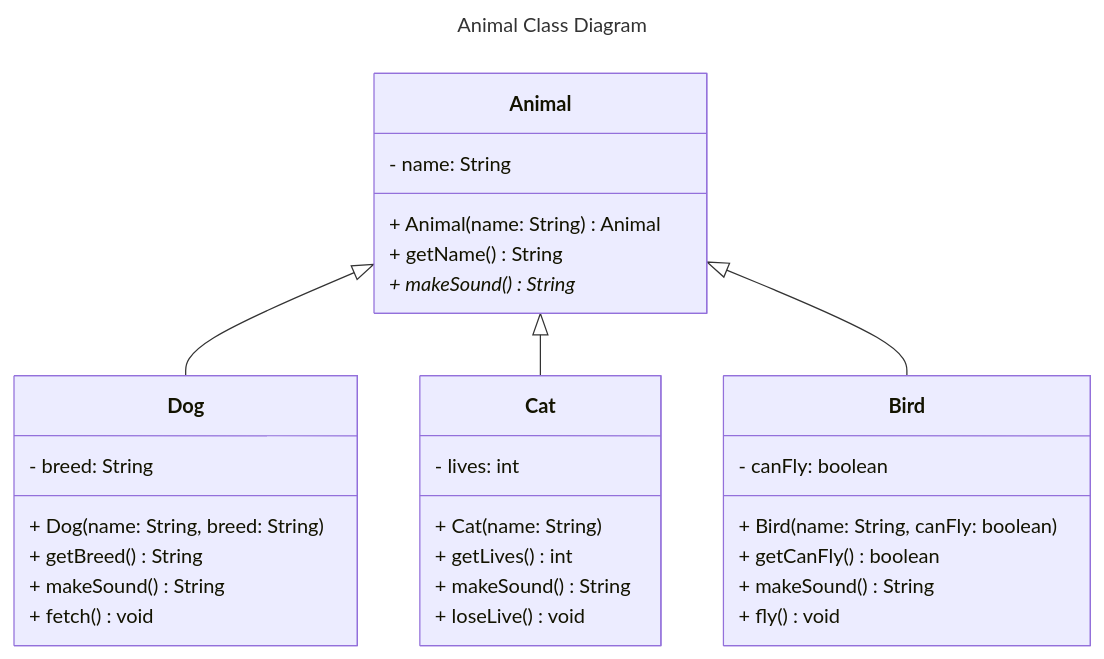
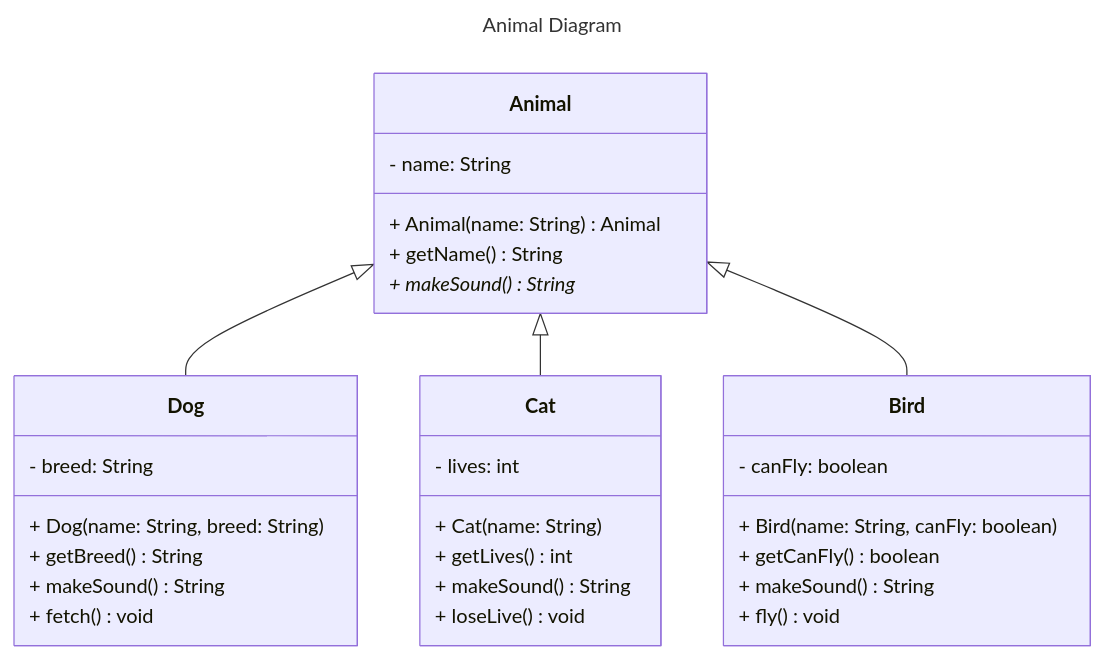
One commit to UC3093C/lab-4-KingEric222 changed the diagram in UML-diagram.md. Above: the diagram before and after it, drawn with Mermaid.

Commit message:
Completed UML class diagram in Mermaid - fixes #7

````diff
--- a/UML-diagram.md
+++ b/UML-diagram.md
@@ -1,42 +1,42 @@
 ```mermaid
 ---
-title: Animal Class Diagram
+title: Animal Diagram
 config:
     themeCSS:
         ".abstract .label-group {
             font-style:italic;
         }"
 ---
 classDiagram
     Animal <|-- Dog
     Animal <|-- Cat
     Animal <|-- Bird 
     class Animal:::abstract {
         - name: String
         + Animal(name: String) Animal
         + getName() String
         + makeSound() String*
     }
     class Dog {
         - breed: String
         + Dog(name: String, breed: String)
         + getBreed() String
         + makeSound() String
         + fetch() void
     }
     class Cat {
         - lives: int
         + Cat(name: String)
         + getLives() int
         + makeSound() String
         + loseLive() void
     }
     class Bird {
         - canFly: boolean
         + Bird(name: String, canFly: boolean)
         + getCanFly() boolean
         + makeSound() String
         + fly() void
     }
 
 ```
````
